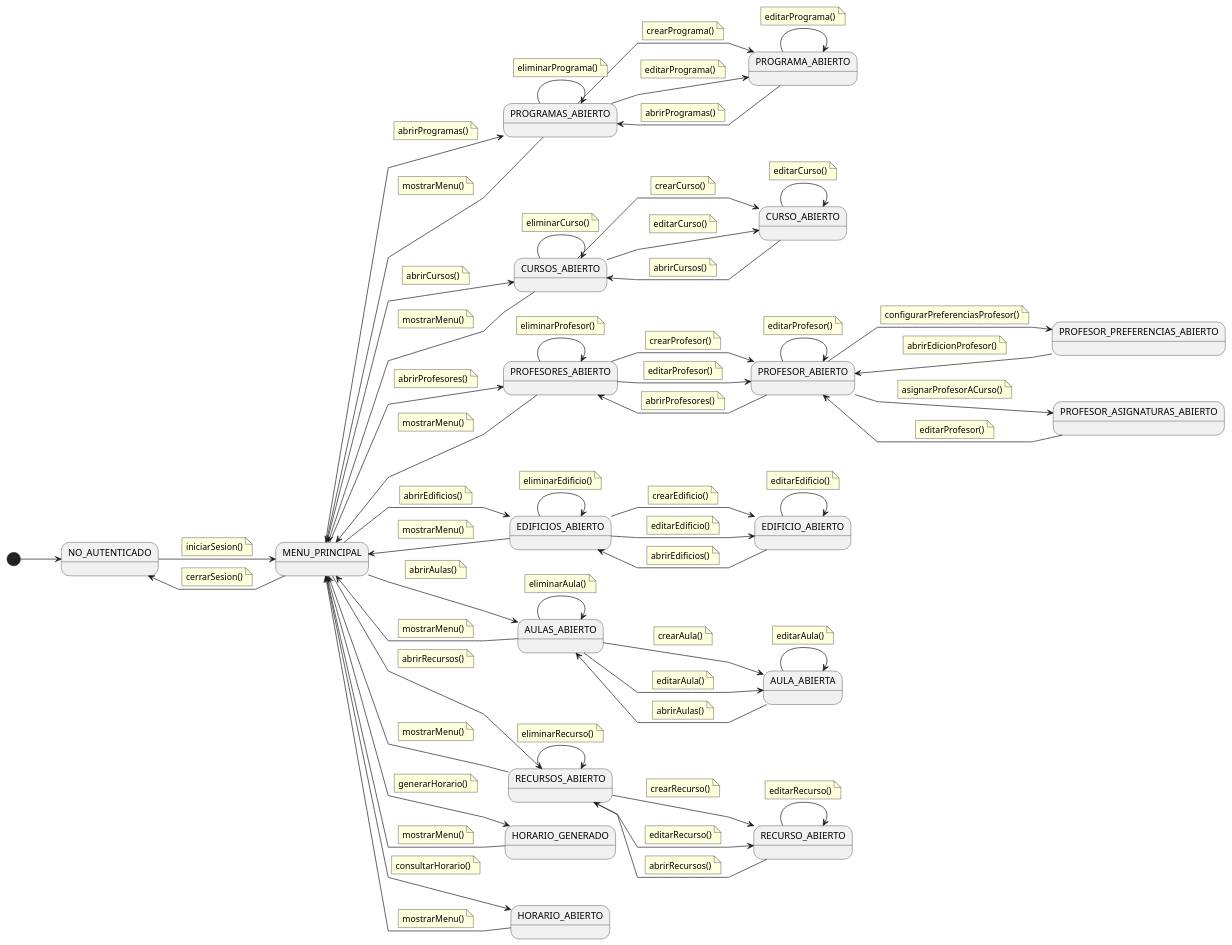
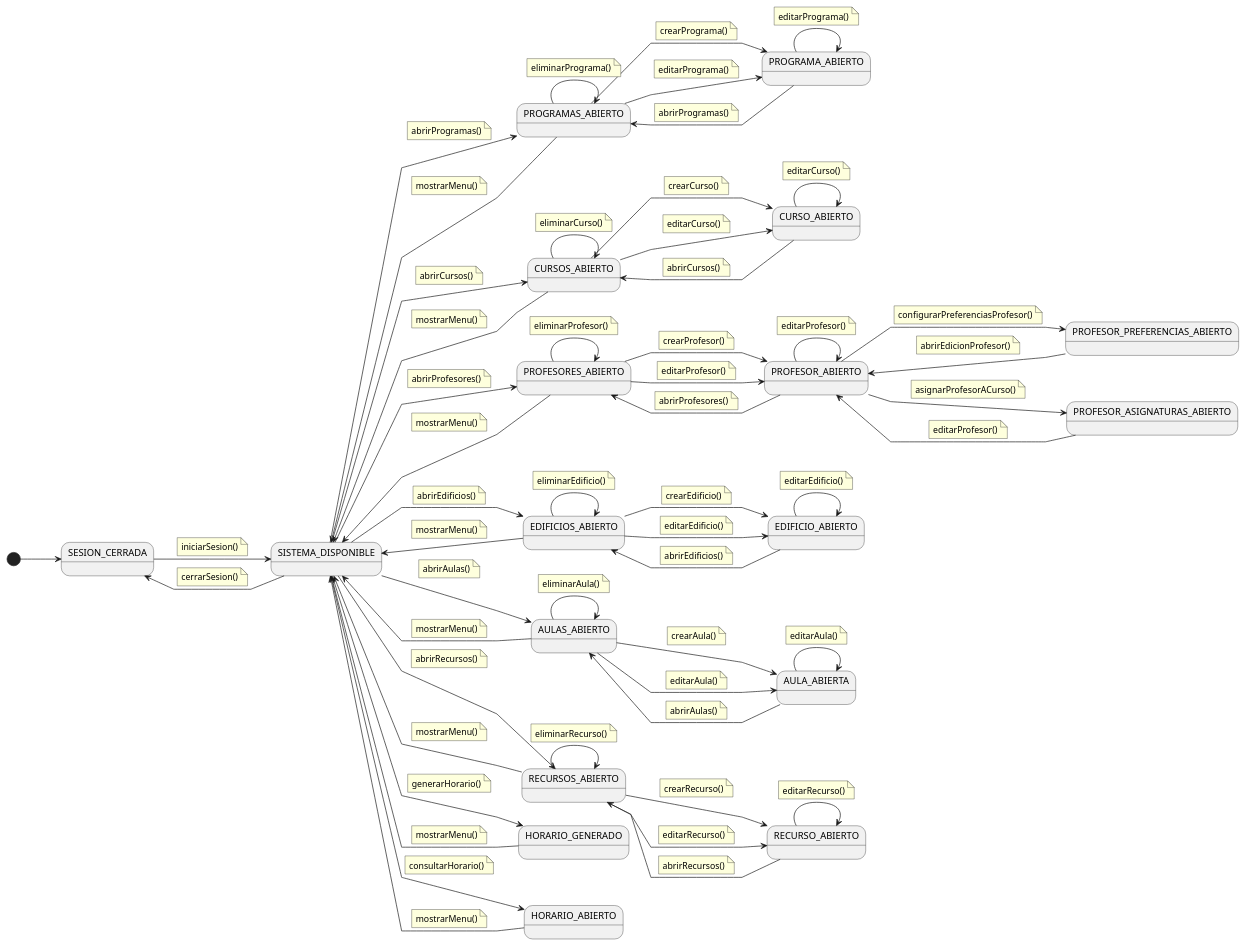
The diagram in RUP/00-casos-uso/01-actores-casos-uso/diagrama-contexto-administrador.puml (Hexcss/scheduler), drawn with PlantUML before and after one commit. The commit also changed 2 other files, not shown here.

Commit message:
refactor: corrección documento de diagrama de contexto

```diff
--- a/RUP/00-casos-uso/01-actores-casos-uso/diagrama-contexto-administrador.puml
+++ b/RUP/00-casos-uso/01-actores-casos-uso/diagrama-contexto-administrador.puml
@@ -3,8 +3,8 @@
 left to right direction
 skinparam linetype polyline
 
-state "NO_AUTENTICADO" as NoAuth
-state "MENU_PRINCIPAL" as Menu
+state "SESION_CERRADA" as NoAuth
+state "SISTEMA_DISPONIBLE" as Menu
 
 state "PROGRAMAS_ABIERTO" as ListProgramas
 state "PROGRAMA_ABIERTO" as EditPrograma
```
